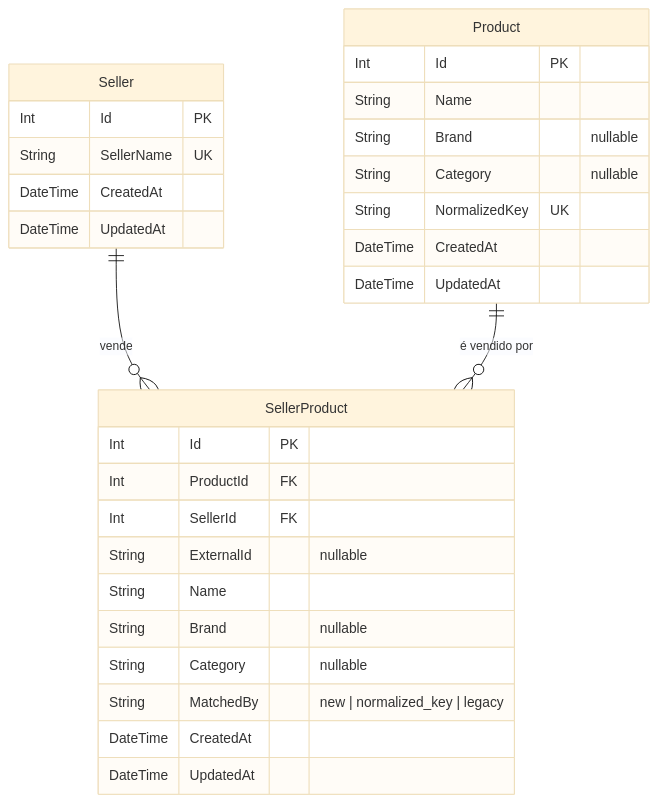
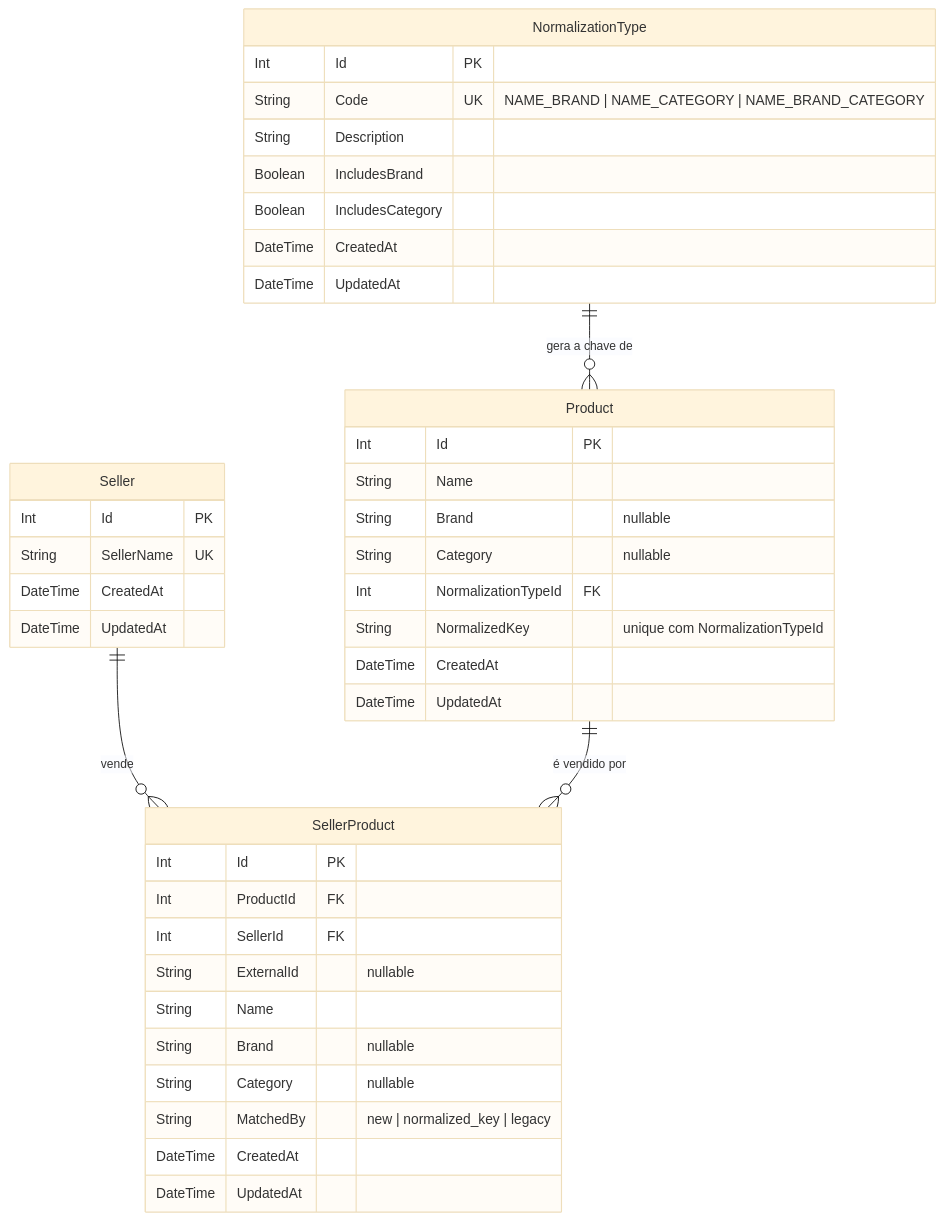
The diagram in docs/database.md (JoaoLucas698/vtex-assessment), drawn with Mermaid (base theme) before and after one commit. The commit also changed other lines of this file and 6 other files, not shown here.

````diff
--- a/docs/database.md
+++ b/docs/database.md
@@ -26,32 +26,43 @@
 ```mermaid
 erDiagram
   Seller ||--o{ SellerProduct : "vende"
   Product ||--o{ SellerProduct : "é vendido por"
+  NormalizationType ||--o{ Product : "gera a chave de"
+  NormalizationType {
+    Int Id PK
+    String Code UK "NAME_BRAND | NAME_CATEGORY | NAME_BRAND_CATEGORY"
+    String Description
+    Boolean IncludesBrand
+    Boolean IncludesCategory
+    DateTime CreatedAt
+    DateTime UpdatedAt
+  }
   Seller {
     Int Id PK
     String SellerName UK
     DateTime CreatedAt
     DateTime UpdatedAt
   }
   Product {
     Int Id PK
     String Name
     String Brand "nullable"
     String Category "nullable"
-    String NormalizedKey UK
+    Int NormalizationTypeId FK
+    String NormalizedKey "unique com NormalizationTypeId"
     DateTime CreatedAt
     DateTime UpdatedAt
   }
   SellerProduct {
     Int Id PK
     Int ProductId FK
     Int SellerId FK
     String ExternalId "nullable"
     String Name
     String Brand "nullable"
     String Category "nullable"
     String MatchedBy "new | normalized_key | legacy"
     DateTime CreatedAt
     DateTime UpdatedAt
   }
 ```
````
